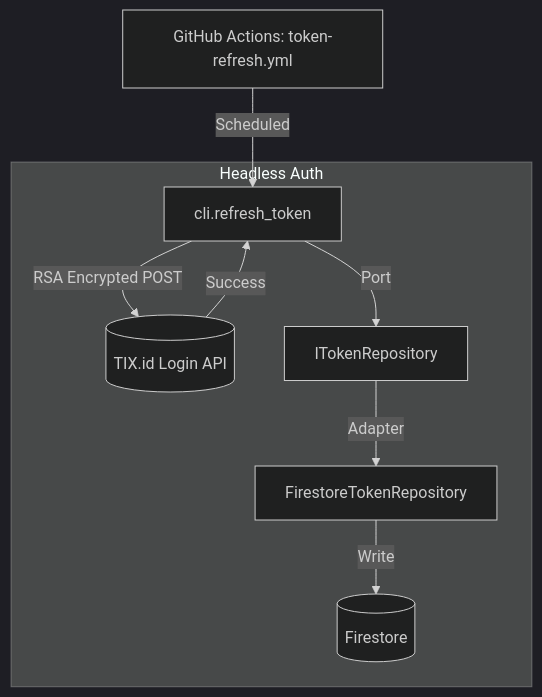
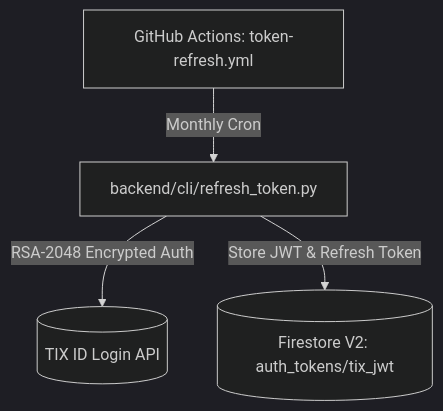
The third of 3 diagrams in backend/README.md (okihita/CineRadar), drawn with Mermaid (dark theme) before and after one commit. The commit also changed other lines of this file and 15 other files, not shown here.

````diff
--- a/backend/README.md
+++ b/backend/README.md
@@ -102,13 +79,6 @@
 ```mermaid
 flowchart TD
-    GH[GitHub Actions: token-refresh.yml] -->|Scheduled| RTC[cli.refresh_token]
-    
-    subgraph "Headless Auth"
-        RTC -->|RSA Encrypted POST| TIX[(TIX.id Login API)]
-        TIX -->|Success| RTC
-        
-        RTC -->|Port| TR[ITokenRepository]
-        TR -->|Adapter| FTR[FirestoreTokenRepository]
-        FTR -->|Write| FS[(Firestore)]
-    end
+    GHA[GitHub Actions: token-refresh.yml] -->|Monthly Cron| RTC[backend/cli/refresh_token.py]
+    RTC -->|RSA-2048 Encrypted Auth| TIX[(TIX ID Login API)]
+    RTC -->|Store JWT & Refresh Token| FS[(Firestore V2: auth_tokens/tix_jwt)]
 ```
````
